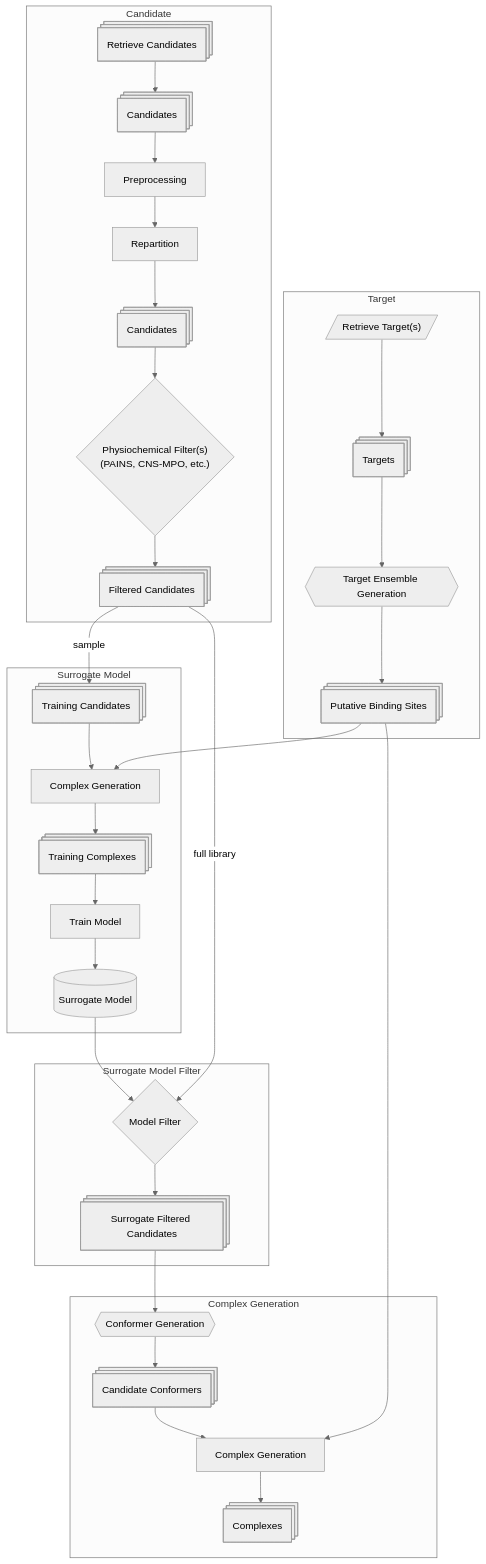
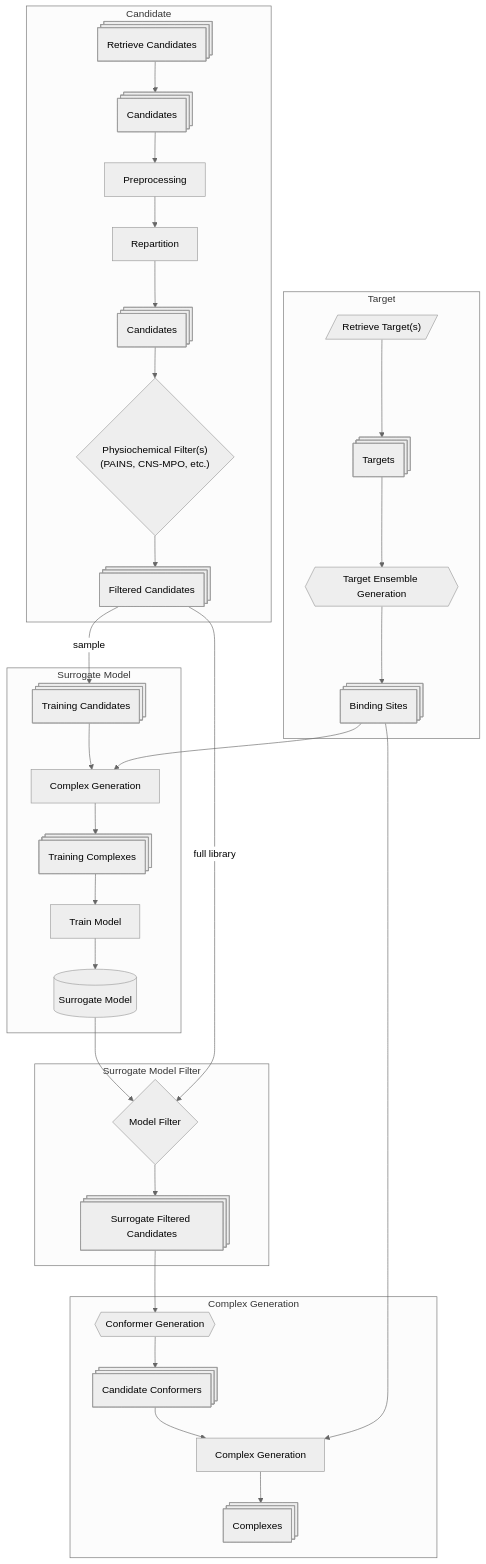
Before and after one commit to mmicatka/lynceus: the diagram in README.md, drawn with Mermaid (neutral theme). The commit also changed 113 other files, not shown here.

````diff
--- a/README.md
+++ b/README.md
@@ -15,48 +15,48 @@
 ```mermaid
 
 flowchart TD
 
   subgraph Target
     RetrieveTargets[/"Retrieve Target(s)"/] --> Targets@{ shape: st-rect, label: "Targets" }
     Targets --> EnsembleGeneration{{"Target Ensemble Generation"}}
-    EnsembleGeneration --> PutativeBindingSites@{shape: st-rect, label: "Putative Binding Sites"}
+    EnsembleGeneration --> BindingSites@{shape: st-rect, label: "Binding Sites"}
   end
 
   subgraph Candidate
     RetrieveCandidates@{ shape: st-rect, label: "Retrieve Candidates"} --> Candidates@{ shape: st-rect, label: "Candidates" }
     Candidates --> Preprocessing["Preprocessing"]
     Preprocessing --> Repartition["Repartition"]
     Repartition --> BalancedCandidates@{ shape: st-rect, label: "Candidates" }
     BalancedCandidates --> PhysioChemFilter{"Physiochemical Filter(s)<br>(PAINS, CNS-MPO, etc.)"}
     PhysioChemFilter --> FilteredCandidates@{shape: st-rect, label: "Filtered Candidates"}
   end
 
   subgraph Surrogate Model
     FilteredCandidates -- "sample" --> TrainingCandidates@{ shape: st-rect, label: "Training Candidates" }
 
     TrainingCandidates --> ModelComplexGeneration["Complex Generation"]
-    PutativeBindingSites --> ModelComplexGeneration
+    BindingSites --> ModelComplexGeneration
 
     ModelComplexGeneration --> TrainingComplexes@{shape: st-rect, label: "Training Complexes"}
 
     TrainingComplexes --> TrainModel["Train Model"]
     TrainModel --> SurrogateModel@{shape: cyl, label: "Surrogate Model"}
   end
 
   subgraph Surrogate Model Filter
     SurrogateModel --> SurrogateModelFilter{"Model Filter"}
     FilteredCandidates -- "full library" --> SurrogateModelFilter
     SurrogateModelFilter --> SurrogateFilteredCandidates@{shape: st-rect, label: "Surrogate Filtered Candidates"}
   end
 
   subgraph Complex Generation
     SurrogateFilteredCandidates --> SurrogateFilteredCandidateConformerGeneration{{"Conformer Generation"}}
     SurrogateFilteredCandidateConformerGeneration --> CandidateConformers@{ shape: st-rect, label: "Candidate Conformers"}
 
     CandidateConformers --> ComplexGeneration["Complex Generation"]
-    PutativeBindingSites --> ComplexGeneration
+    BindingSites --> ComplexGeneration
 
     ComplexGeneration --> Complexes@{shape: st-rect, label: "Complexes"}
   end
 
 ```
````
